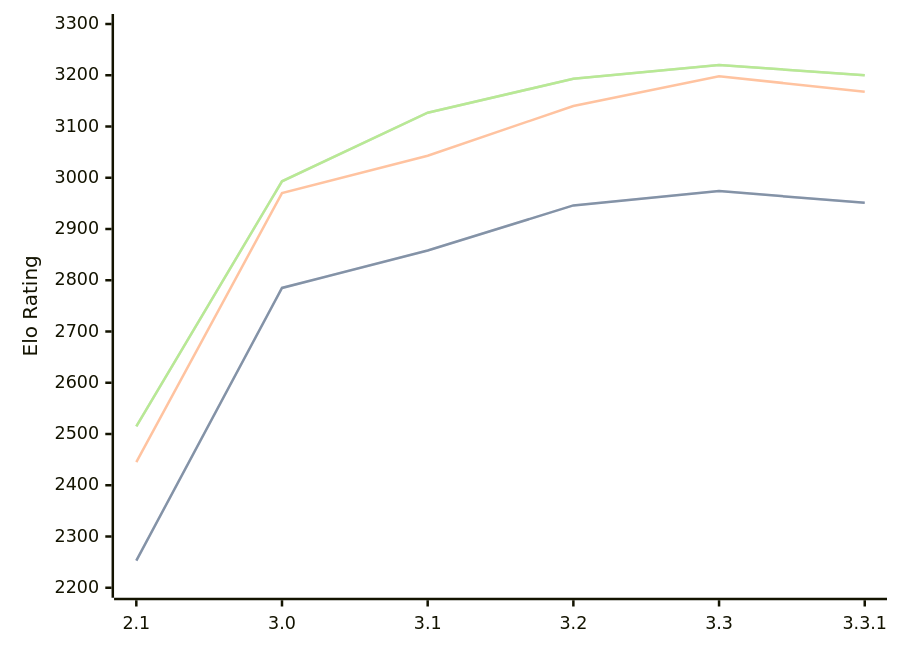
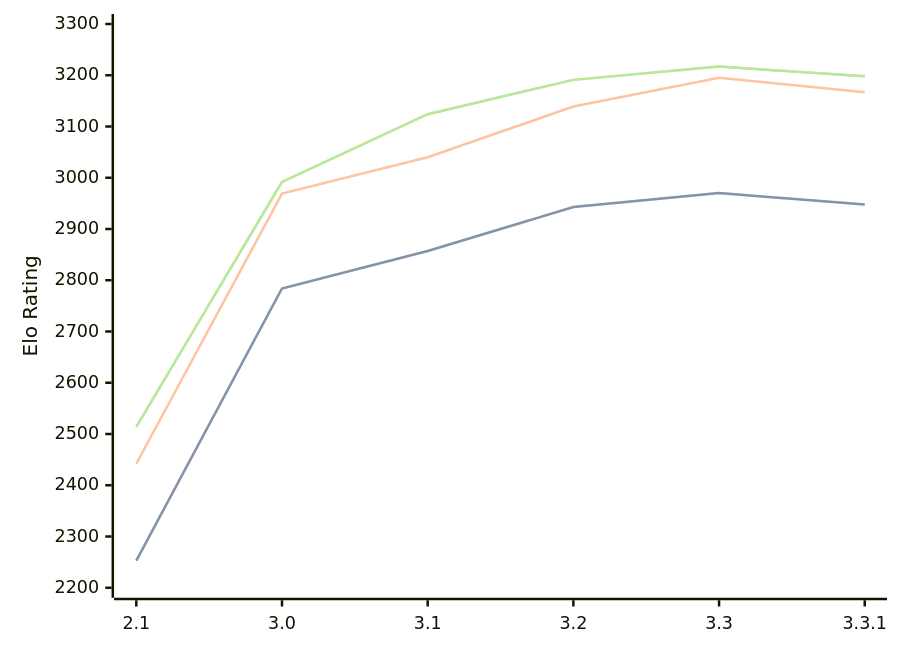
The diagram in engines/Petrel.md (computer-chess-index/cci), drawn with Mermaid before and after one commit. The commit also changed other lines of this file, not shown here.

Commit message:
Update CCI Ratings (ELO VLTC) - 2026-03-31

````diff
--- a/engines/Petrel.md
+++ b/engines/Petrel.md
@@ -45,11 +45,11 @@
 ```mermaid
 %%{init: {"theme":"base","themeVariables":{"seriesColors:['#a3a3a3','#222221','#faa371']}}}%%
 xychart-beta
   x-axis ["2.1", "3.0", "3.1", "3.2", "3.3", "3.3.1"]
   y-axis "Elo Rating" 2200 --> 3300
-  line "STC (8.0+0.08s)" [2253, 2785, 2858, 2946, 2974, 2951]
-  line "STC (8.0+0.08s)" [2253, 2785, 2858, 2946, 2974, 2951]
-  line "LTC (60.0+0.60s)" [2445, 2970, 3043, 3140, 3198, 3168]
-  line "VLTC (2m24s+1.12s)" [2515, 2993, 3127, 3193, 3220, 3200]
-  line "VLTC (2m24s+1.12s)" [2515, 2993, 3127, 3193, 3220, 3200]
+  line "STC (8.0+0.08s)" [2253, 2784, 2857, 2943, 2970, 2948]
+  line "STC (8.0+0.08s)" [2253, 2784, 2857, 2943, 2970, 2948]
+  line "LTC (60.0+0.60s)" [2442, 2969, 3040, 3139, 3195, 3167]
+  line "VLTC (2m24s+1.12s)" [2514, 2992, 3124, 3191, 3217, 3198]
+  line "VLTC (2m24s+1.12s)" [2514, 2992, 3124, 3191, 3217, 3198]
 ```
````
